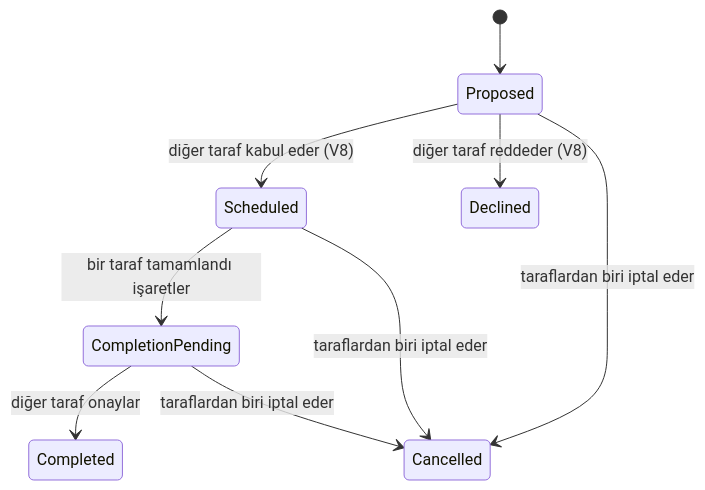
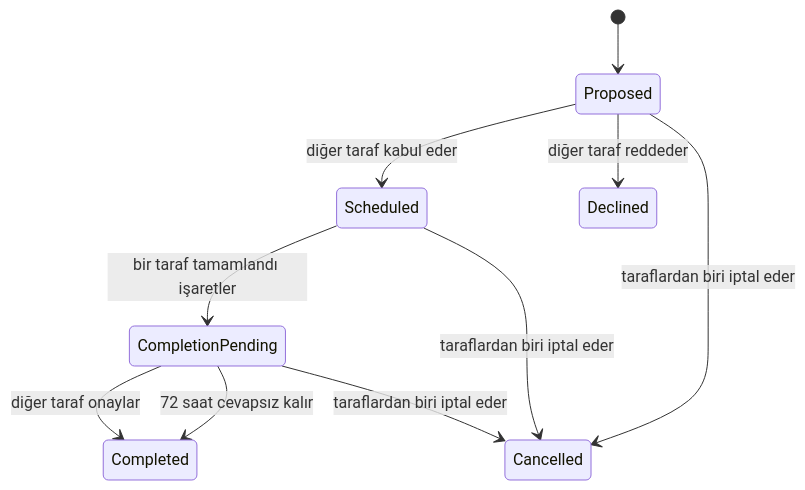
The fourth of 4 diagrams in docs/domain/domain-model.md (YerdemA/Exparter_Suite), drawn with Mermaid before and after one commit. The commit also changed other lines of this file and 8 other files, not shown here.

````diff
--- a/docs/domain/domain-model.md
+++ b/docs/domain/domain-model.md
@@ -160,11 +163,12 @@
 ```mermaid
 stateDiagram-v2
     [*] --> Proposed
-    Proposed --> Scheduled: diğer taraf kabul eder (V8)
-    Proposed --> Declined: diğer taraf reddeder (V8)
+    Proposed --> Scheduled: diğer taraf kabul eder
+    Proposed --> Declined: diğer taraf reddeder
     Scheduled --> CompletionPending: bir taraf tamamlandı işaretler
     CompletionPending --> Completed: diğer taraf onaylar
+    CompletionPending --> Completed: 72 saat cevapsız kalır
     Proposed --> Cancelled: taraflardan biri iptal eder
     Scheduled --> Cancelled: taraflardan biri iptal eder
     CompletionPending --> Cancelled: taraflardan biri iptal eder
 ```
````
